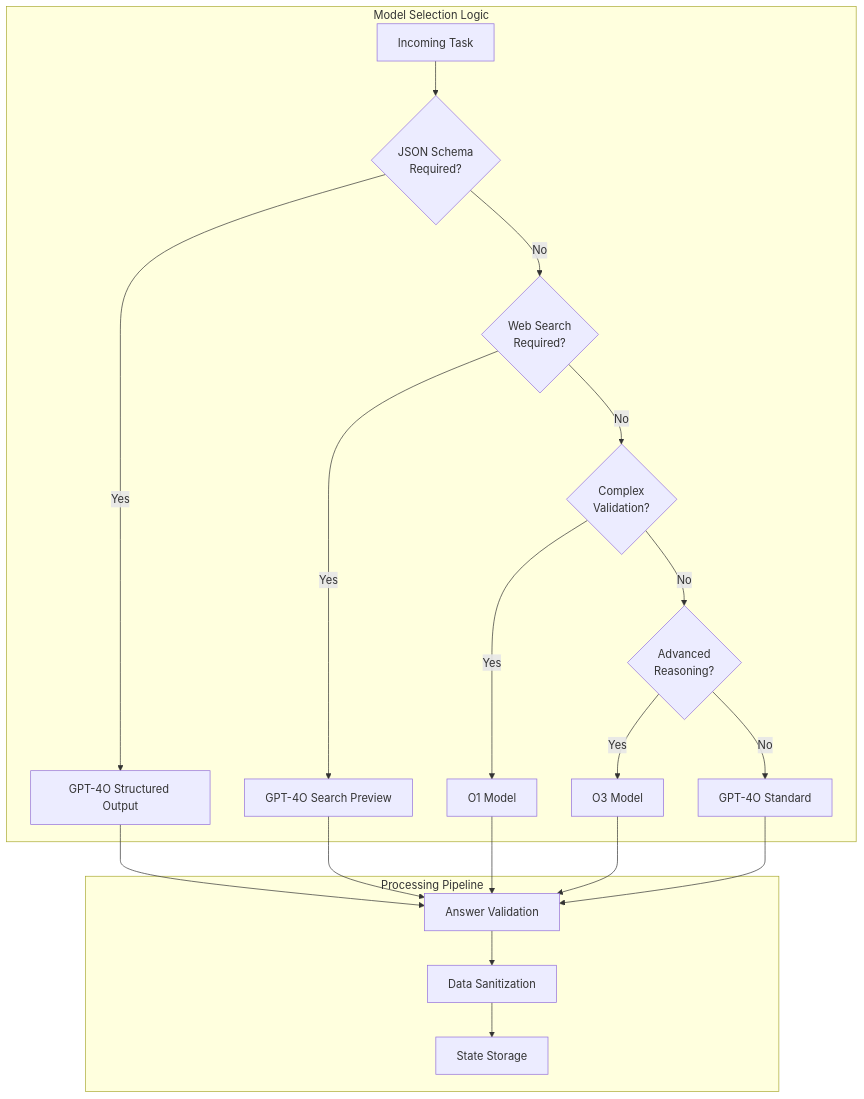
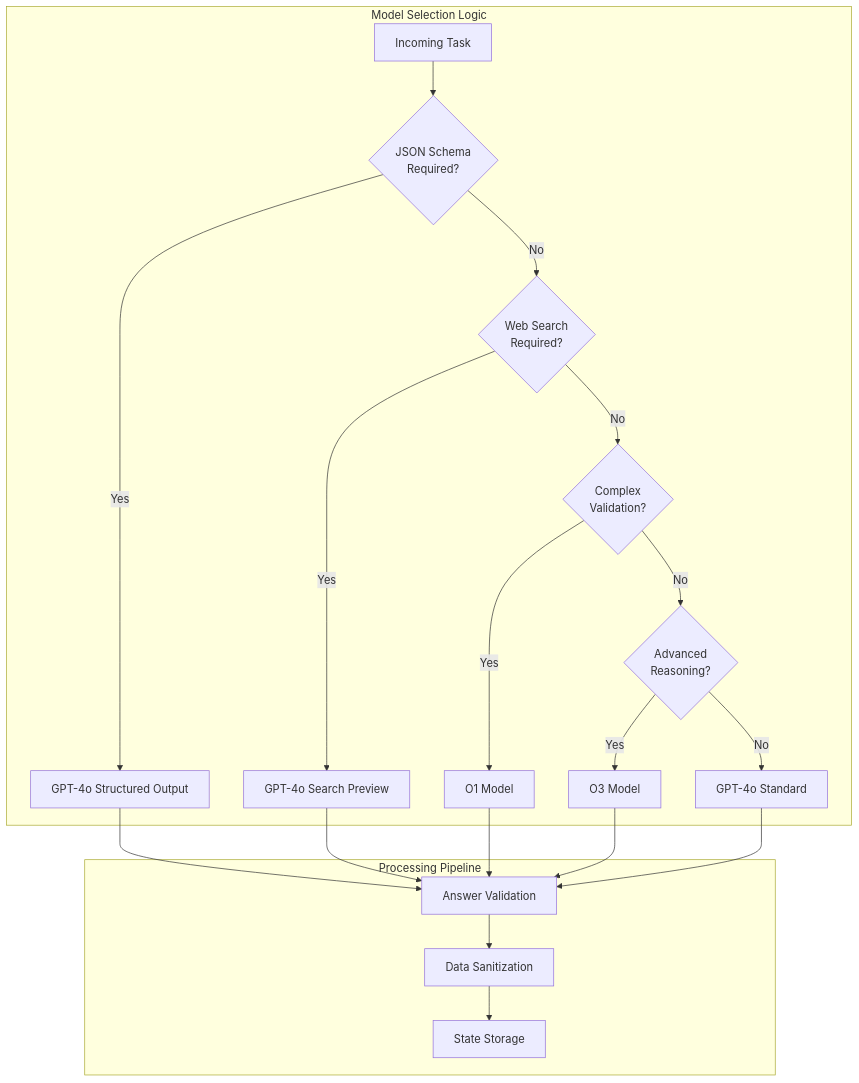
Before and after one commit to sabbah13/newo-docs: the sixth of 10 diagrams in website/docs/agent-creator-architecture.md, drawn with Mermaid. The commit also changed other lines of this file and 4 other files, not shown here.

````diff
--- a/website/docs/agent-creator-architecture.md
+++ b/website/docs/agent-creator-architecture.md
@@ -320,31 +320,31 @@
 ```mermaid
 graph TB
     subgraph "Model Selection Logic"
         TASK[Incoming Task]
         
         TASK --> SCHEMA{JSON Schema<br/>Required?}
-        SCHEMA -->|Yes| STRUCTURED[GPT-4O Structured Output]
+        SCHEMA -->|Yes| STRUCTURED[GPT-4o Structured Output]
         
         SCHEMA -->|No| SEARCH{Web Search<br/>Required?}
-        SEARCH -->|Yes| PREVIEW[GPT-4O Search Preview]
+        SEARCH -->|Yes| PREVIEW[GPT-4o Search Preview]
         
         SEARCH -->|No| COMPLEX{Complex<br/>Validation?}
         COMPLEX -->|Yes| O1MODEL[O1 Model]
         
         COMPLEX -->|No| ADVANCED{Advanced<br/>Reasoning?}
         ADVANCED -->|Yes| O3MODEL[O3 Model]
         
-        ADVANCED -->|No| DEFAULT[GPT-4O Standard]
+        ADVANCED -->|No| DEFAULT[GPT-4o Standard]
     end
     
     subgraph "Processing Pipeline"
         STRUCTURED --> VALIDATE[Answer Validation]
         PREVIEW --> VALIDATE
         O1MODEL --> VALIDATE
         O3MODEL --> VALIDATE  
         DEFAULT --> VALIDATE
         
         VALIDATE --> SANITIZE[Data Sanitization]
         SANITIZE --> STORE[State Storage]
     end
 ```
````
